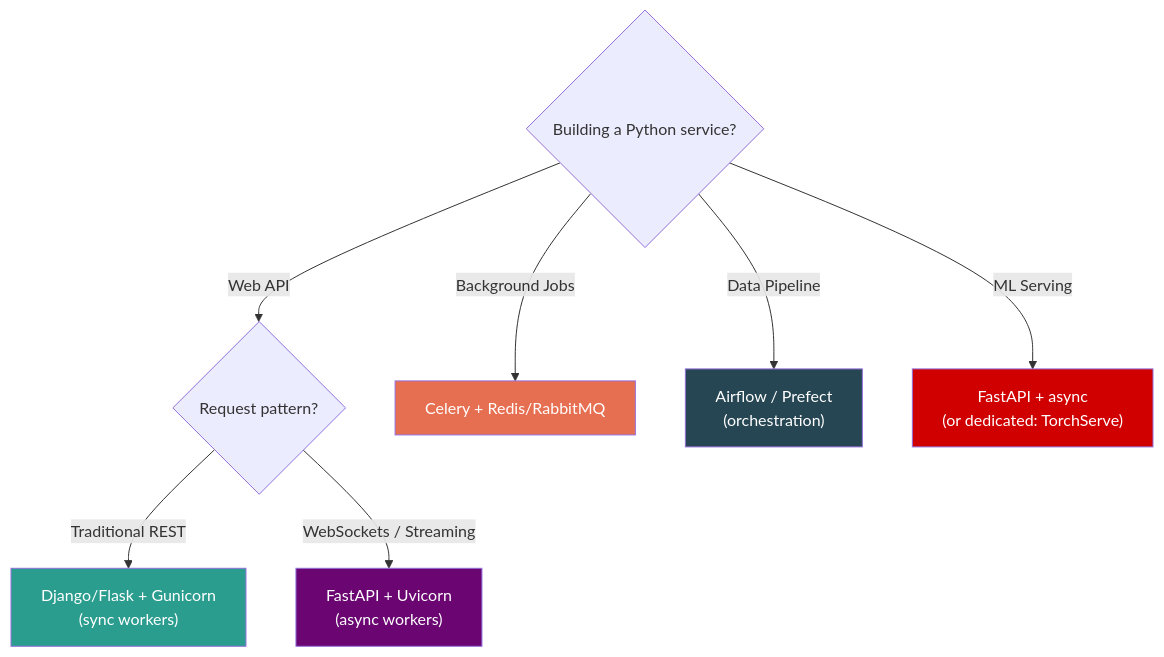
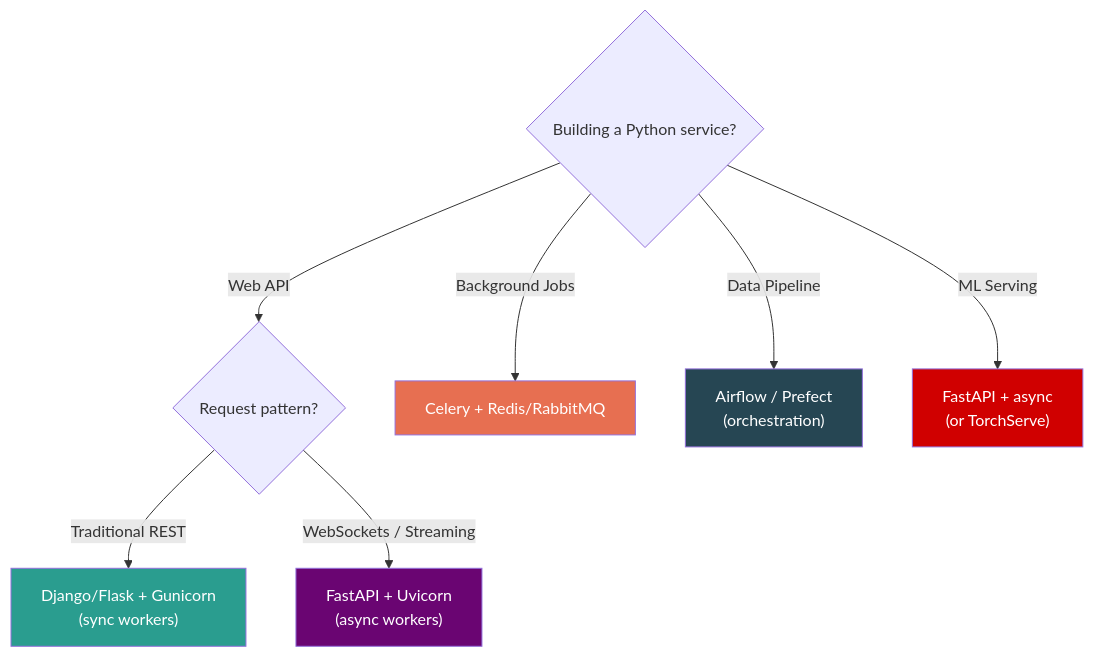
The fourth of 4 diagrams in Python/Python_Design.md (HrushiMakode/Notes), drawn with Mermaid before and after one commit. The commit also changed other lines of this file and 6 other files, not shown here.

````diff
--- a/Python/Python_Design.md
+++ b/Python/Python_Design.md
@@ -80,15 +325,15 @@
 ```mermaid
 flowchart TD
     START{"Building a Python service?"} -->|"Web API"| WEB{"Request pattern?"}
     WEB -->|"Traditional REST"| WSGI["Django/Flask + Gunicorn\n(sync workers)"]
     WEB -->|"WebSockets / Streaming"| ASGI["FastAPI + Uvicorn\n(async workers)"]
     START -->|"Background Jobs"| BG["Celery + Redis/RabbitMQ"]
     START -->|"Data Pipeline"| DATA["Airflow / Prefect\n(orchestration)"]
-    START -->|"ML Serving"| ML["FastAPI + async\n(or dedicated: TorchServe)"]
+    START -->|"ML Serving"| ML["FastAPI + async\n(or TorchServe)"]
 
     style WSGI fill:#2a9d8f,color:#fff
     style ASGI fill:#6a0572,color:#fff
     style BG fill:#e76f51,color:#fff
     style DATA fill:#264653,color:#fff
     style ML fill:#d00000,color:#fff
 ```
````
